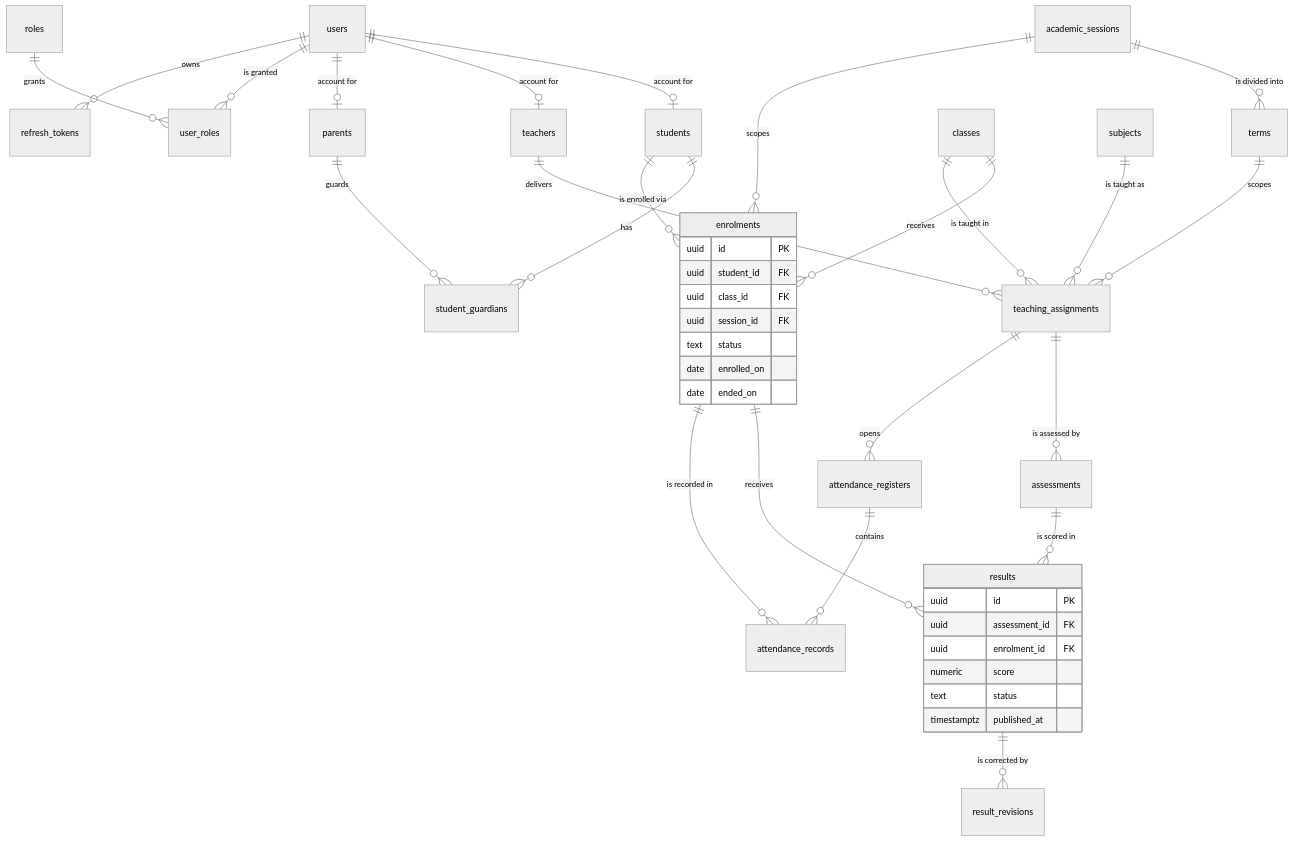
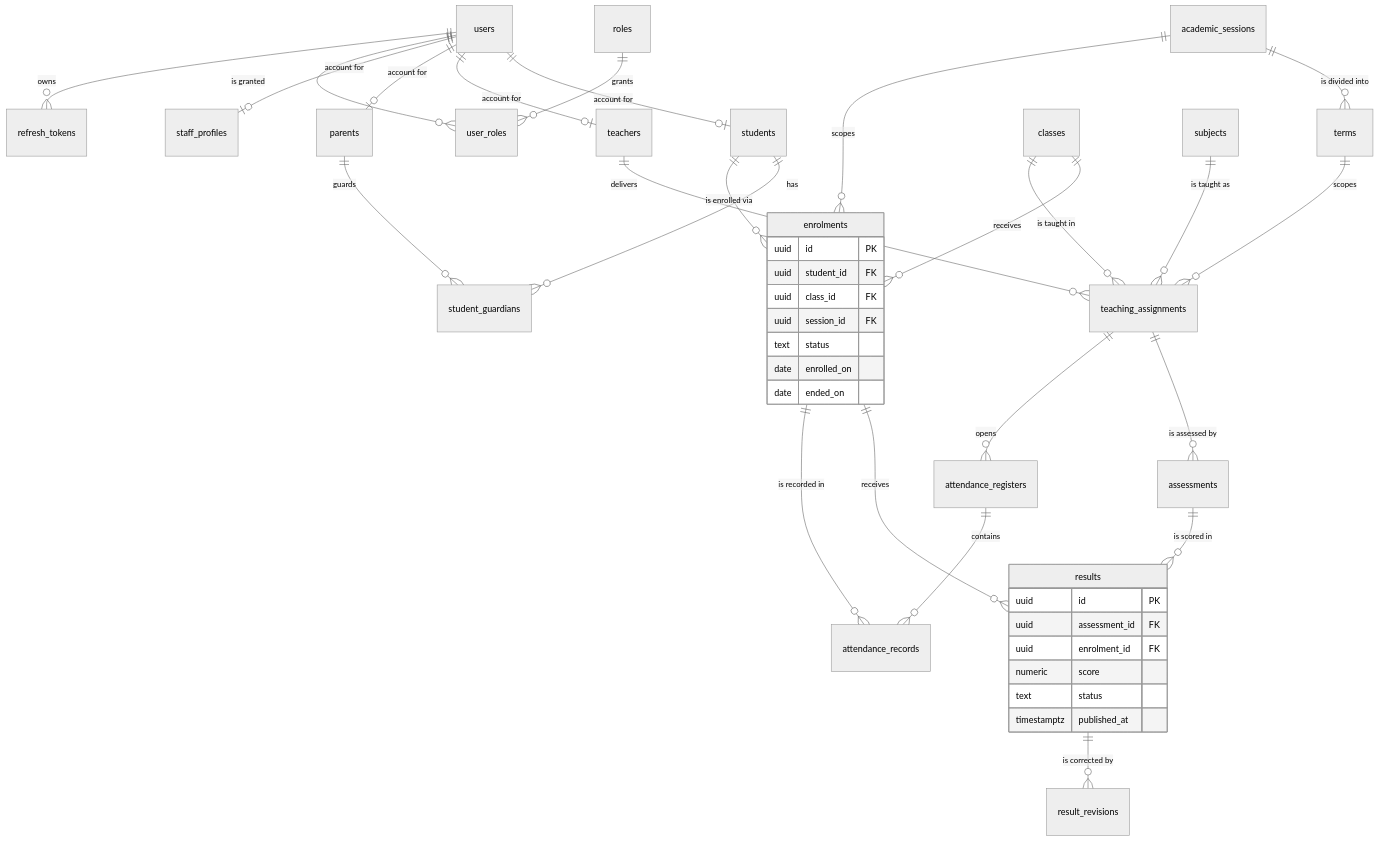
Before and after one commit to GFrosh/School-Management-System: the diagram in backend/server/docs/dbSchema.mmd, drawn with Mermaid (neutral theme). The commit also changed 11 other files, not shown here.

```diff
--- a/backend/server/docs/dbSchema.mmd
+++ b/backend/server/docs/dbSchema.mmd
@@ -1,45 +1,46 @@
 erDiagram
     users ||--o| students : "account for"
     users ||--o| teachers : "account for"
     users ||--o| parents  : "account for"
+    users ||--o| staff_profiles : "account for"
     users ||--o{ user_roles : "is granted"
     users ||--o{ refresh_tokens : "owns"
     roles ||--o{ user_roles : "grants"
  
     students ||--o{ student_guardians : "has"
     parents  ||--o{ student_guardians : "guards"
  
     academic_sessions ||--o{ terms : "is divided into"
     academic_sessions ||--o{ enrolments : "scopes"
     terms ||--o{ teaching_assignments : "scopes"
     classes ||--o{ enrolments : "receives"
     classes ||--o{ teaching_assignments : "is taught in"
     subjects ||--o{ teaching_assignments : "is taught as"
     teachers ||--o{ teaching_assignments : "delivers"
     students ||--o{ enrolments : "is enrolled via"
  
     teaching_assignments ||--o{ assessments : "is assessed by"
     assessments ||--o{ results : "is scored in"
     enrolments ||--o{ results : "receives"
     results ||--o{ result_revisions : "is corrected by"
     teaching_assignments ||--o{ attendance_registers : "opens"
     attendance_registers ||--o{ attendance_records : "contains"
     enrolments ||--o{ attendance_records : "is recorded in"
  
     enrolments {
         uuid id PK
         uuid student_id FK
         uuid class_id FK
         uuid session_id FK
         text status
         date enrolled_on
         date ended_on
     }
     results {
         uuid id PK
         uuid assessment_id FK
         uuid enrolment_id FK
         numeric score
         text status
         timestamptz published_at
     }
```
